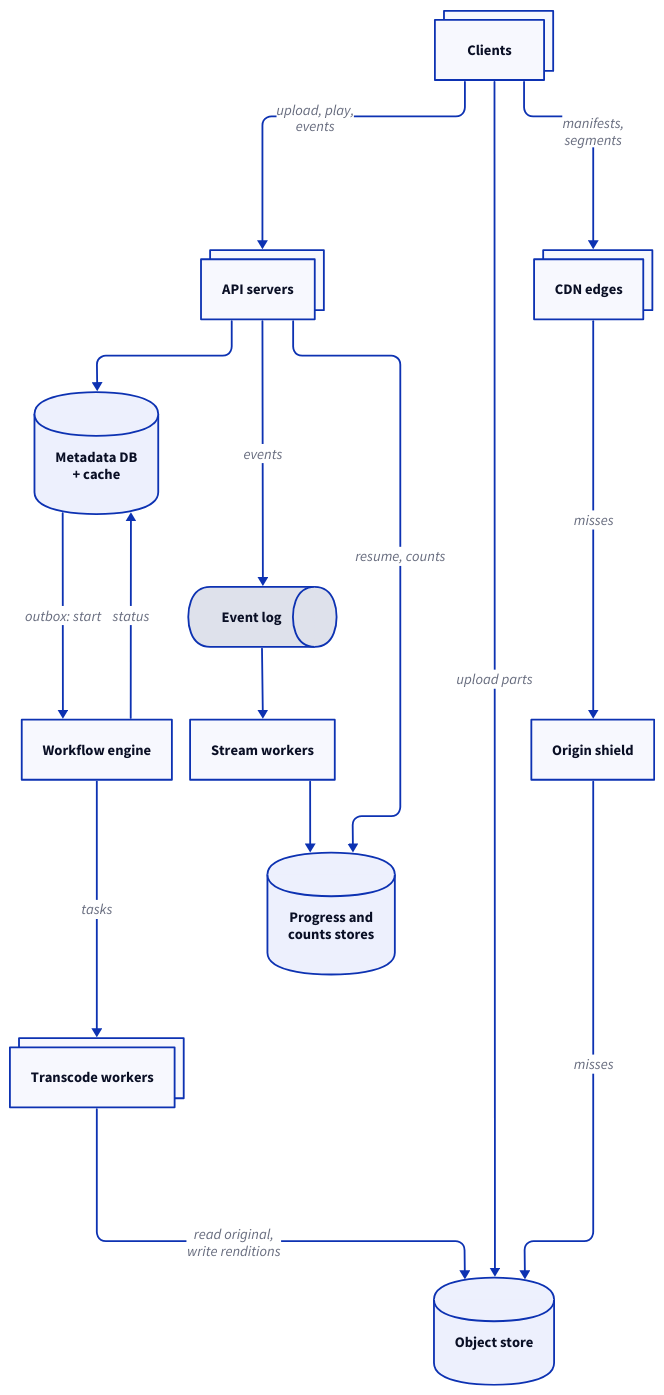
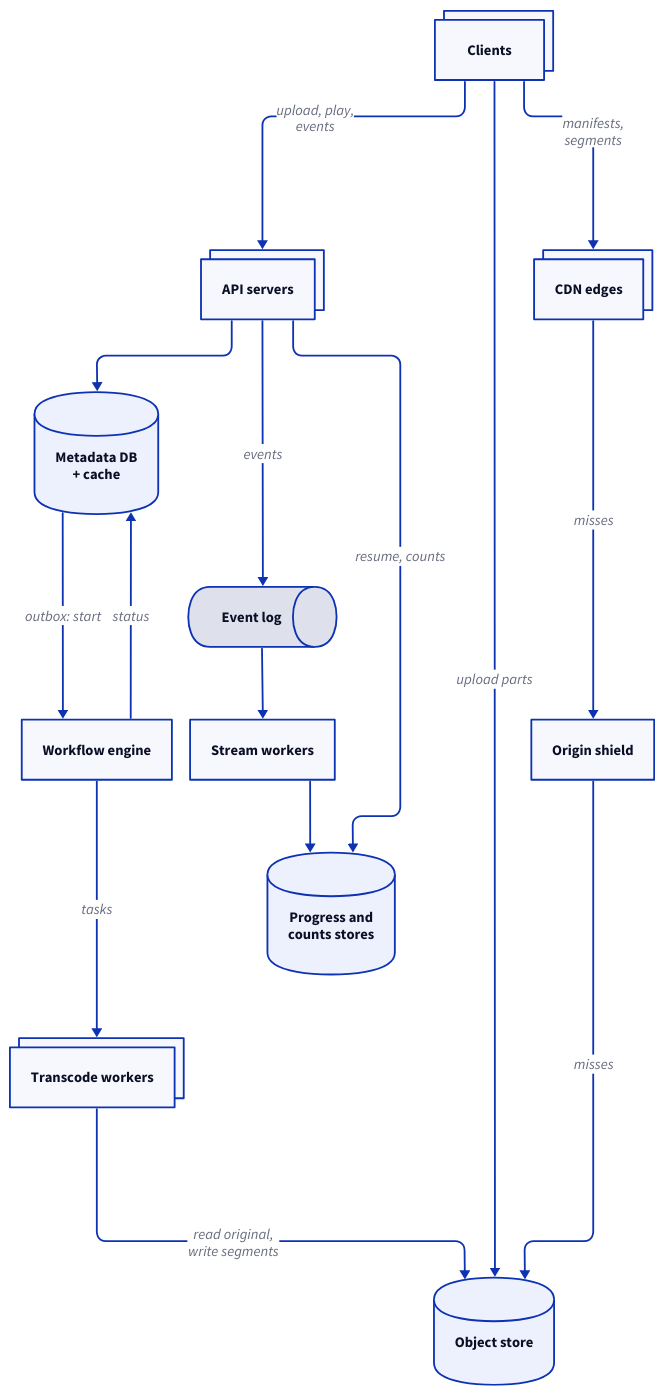
One commit to enbattle/til changed the diagram in src/system-design/diagrams/video-streaming/architecture.d2. Above: the diagram before and after it, drawn with D2. The commit also changed 23 other files, not shown here.

```diff
--- a/src/system-design/diagrams/video-streaming/architecture.d2
+++ b/src/system-design/diagrams/video-streaming/architecture.d2
@@ -1,53 +1,53 @@
 # High-level architecture of the video streaming service: uploads go straight
 # to the object store, an outbox row starts a processing workflow whose tasks
 # run on the transcode workers, viewers fetch segments from CDN edges backed by
 # an origin shield, and player events flow through a log to stream workers.
 vars: {
   d2-config: {
     layout-engine: elk
   }
 }
 direction: down
 
 client: Clients {
   style.multiple: true
 }
 api: API servers {
   style.multiple: true
 }
 edge: CDN edges {
   style.multiple: true
 }
 shield: Origin shield
 objects: Object store {
   shape: cylinder
 }
 meta: "Metadata DB\n+ cache" {
   shape: cylinder
 }
 wf: Workflow engine
 workers: Transcode workers {
   style.multiple: true
 }
 log: Event log {
   shape: queue
 }
 stream: Stream workers
 stores: "Progress and\ncounts stores" {
   shape: cylinder
 }
 
 client -> api: "upload, play,\nevents"
 client -> objects: "upload parts"
 client -> edge: "manifests,\nsegments"
 edge -> shield: "misses"
 shield -> objects: "misses"
 api -> meta
 api -> log: "events"
 api -> stores: "resume, counts"
 meta -> wf: "outbox: start"
 wf -> workers: "tasks"
 wf -> meta: "status"
-workers -> objects: "read original,\nwrite renditions"
+workers -> objects: "read original,\nwrite segments"
 log -> stream
 stream -> stores
```
